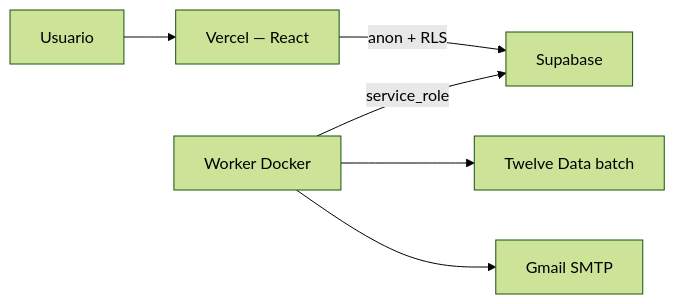
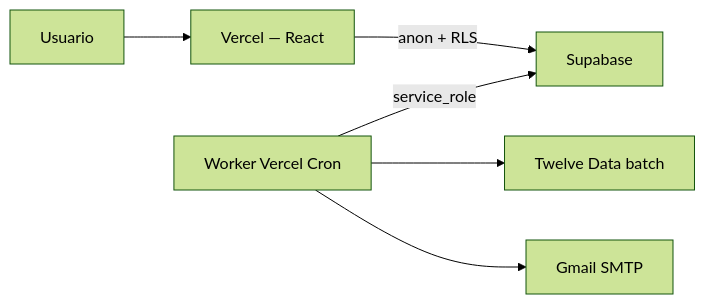
The second of 2 diagrams in docs/ARCHITECTURE.md (boshaftaf-rgb/finanzas-Alarma), drawn with Mermaid (forest theme) before and after one commit. The commit also changed other lines of this file and 43 other files, not shown here.

````diff
--- a/docs/ARCHITECTURE.md
+++ b/docs/ARCHITECTURE.md
@@ -251,8 +252,8 @@
 ```mermaid
 flowchart LR
     U[Usuario] --> V[Vercel — React]
     V -->|anon + RLS| S[Supabase]
-    W[Worker Docker] -->|service_role| S
+    W[Worker Vercel Cron] -->|service_role| S
     W --> T[Twelve Data batch]
     W --> R[Gmail SMTP]
 ```
````
